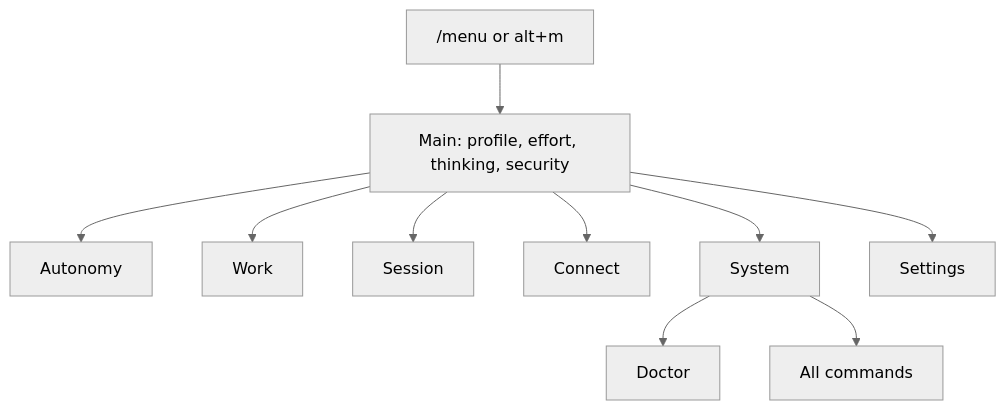
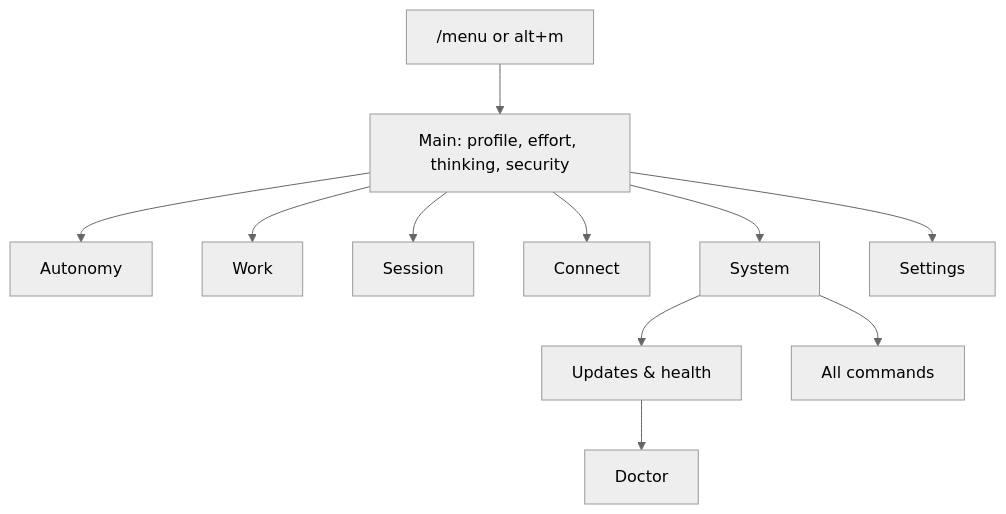
The diagram in docs/control-center.md (SATUNIX/luna), drawn with Mermaid (neutral theme) before and after one commit. The commit also changed 3 other files, not shown here.

````diff
--- a/docs/control-center.md
+++ b/docs/control-center.md
@@ -46,12 +46,13 @@
 ```mermaid
 flowchart TD
   K["/menu or alt+m"] --> M["Main: profile, effort, thinking, security"]
   M --> A[Autonomy]
   M --> W[Work]
   M --> S[Session]
   M --> C[Connect]
   M --> Y[System]
   M --> G[Settings]
-  Y --> D[Doctor]
+  Y --> U[Updates & health]
+  U --> D[Doctor]
   Y --> L[All commands]
 ```
````
